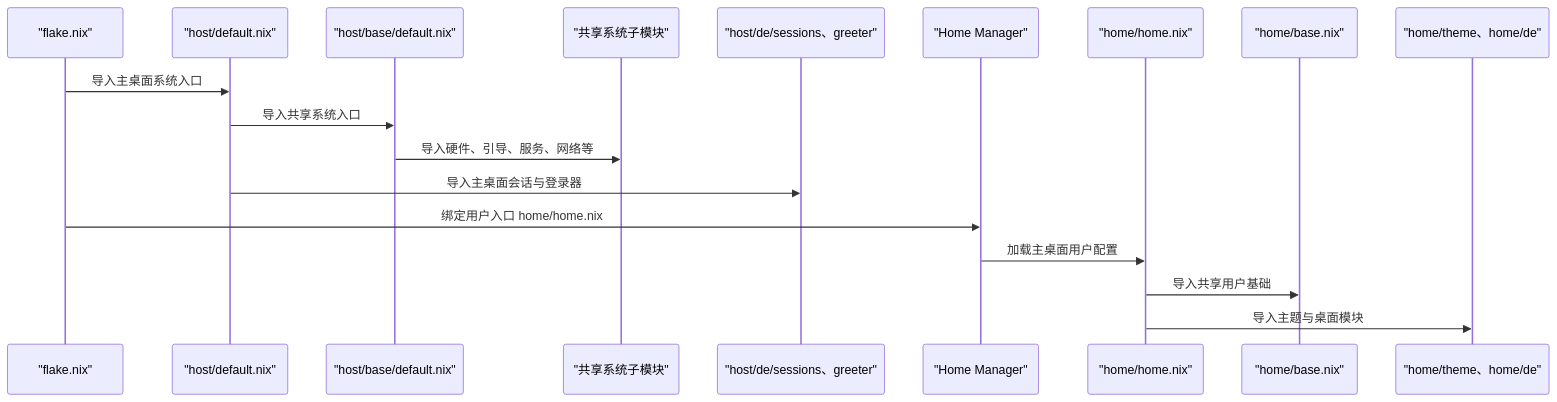
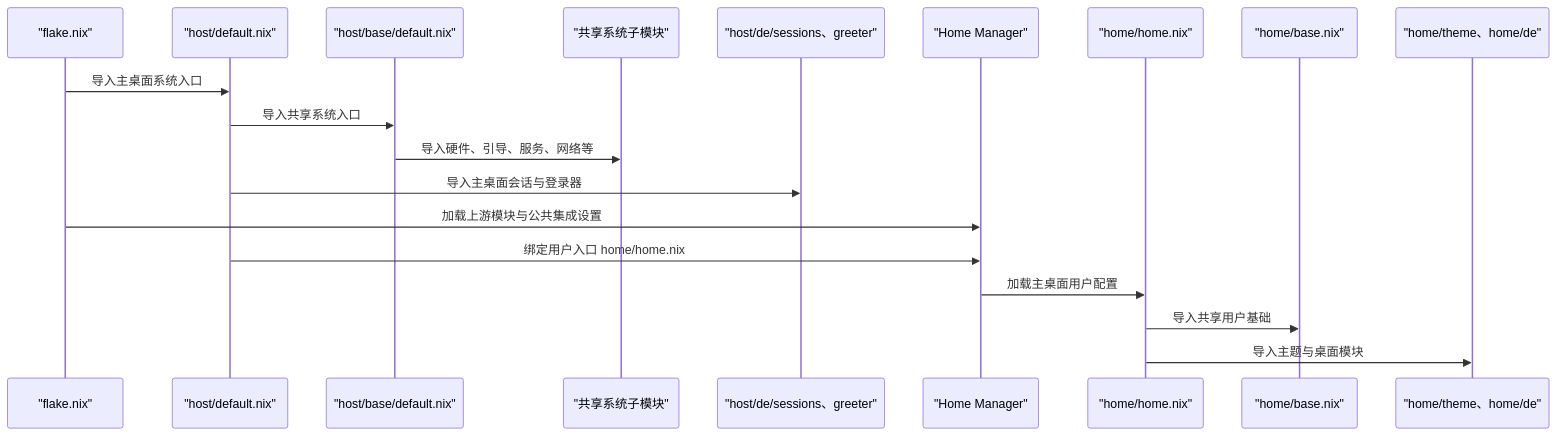
One commit to Shangshui0302/myNixOSConfig changed the second of 3 diagrams in wiki/architecture/index.md. Above: the diagram before and after it, drawn with Mermaid. The commit also changed other lines of this file and 11 other files, not shown here.

````diff
--- a/wiki/architecture/index.md
+++ b/wiki/architecture/index.md
@@ -72,20 +73,21 @@
 ```mermaid
 sequenceDiagram
 participant FL as "flake.nix"
 participant HD as "host/default.nix"
 participant HB as "host/base/default.nix"
 participant BC as "共享系统子模块"
 participant DE as "host/de/sessions、greeter"
 participant HM as "Home Manager"
 participant HH as "home/home.nix"
 participant UB as "home/base.nix"
 participant UD as "home/theme、home/de"
 FL->>HD : 导入主桌面系统入口
 HD->>HB : 导入共享系统入口
 HB->>BC : 导入硬件、引导、服务、网络等
 HD->>DE : 导入主桌面会话与登录器
-FL->>HM : 绑定用户入口 home/home.nix
+FL->>HM : 加载上游模块与公共集成设置
+HD->>HM : 绑定用户入口 home/home.nix
 HM->>HH : 加载主桌面用户配置
 HH->>UB : 导入共享用户基础
 HH->>UD : 导入主题与桌面模块
 ```
````
